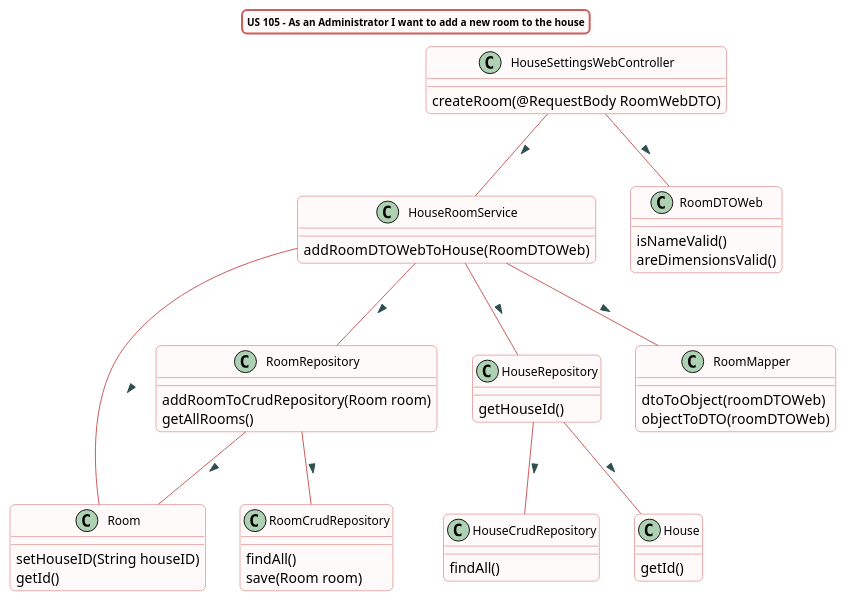
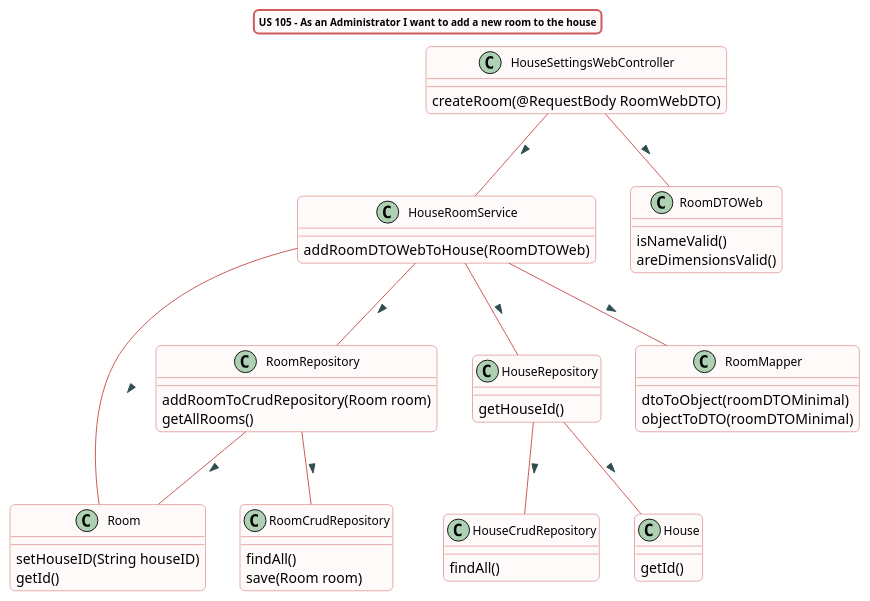
The diagram in src/doc/WEB_Controllers/HouseConfiguration/US105/US105_ClassDiagram.puml (Almadanmp/project), drawn with PlantUML before and after one commit. The commit also changed 14 other files, not shown here.

```diff
--- a/src/doc/WEB_Controllers/HouseConfiguration/US105/US105_ClassDiagram.puml
+++ b/src/doc/WEB_Controllers/HouseConfiguration/US105/US105_ClassDiagram.puml
@@ -1,93 +1,93 @@
 @startuml
 
 title US 105 - As an Administrator I want to add a new room to the house
 skinparam titleBorderRoundCorner 10
 skinparam titleBorderThickness 2
 skinparam titleBorderColor indianred
 skinparam titleBackgroundColor Snow
 skinparam FontName quicksand
 skinparam titleFontSize 10
 skinparam roundcorner 10
 
 
 skinparam class {
   BorderColor indianred
   BackgroundColor indianred
   BackgroundColor Snow
    roundcorner 10
    ArrowFontName Verdana
    ArrowColor indianred
    ArrowFontColor darkslategrey
    FontSize 12
 }
 
 class HouseSettingsWebController
 class HouseRoomService
 class RoomRepository
 class HouseRepository
 class Room
 class RoomMapper
 class HouseCrudRepository
 class RoomCrudRepository
 
 HouseSettingsWebController -- HouseRoomService: >
 HouseSettingsWebController -- RoomDTOWeb: >
 HouseRoomService -- RoomMapper : >
 HouseRoomService -- HouseRepository : >
 HouseRoomService -- RoomRepository : >
 HouseRoomService -- Room : >
 HouseRepository -- HouseCrudRepository : >
 HouseRepository -- House : >
 RoomRepository -- RoomCrudRepository : >
 RoomRepository -- Room : >
 
 
 
 
 class HouseSettingsWebController {
 createRoom(@RequestBody RoomWebDTO)
 }
 
 class RoomDTOWeb {
 isNameValid()
 areDimensionsValid()
 }
 
 class HouseRoomService {
 addRoomDTOWebToHouse(RoomDTOWeb)
 }
 
 class Room{
 setHouseID(String houseID)
 getId()
 }
 
 class RoomMapper{
-dtoToObject(roomDTOWeb)
-objectToDTO(roomDTOWeb)
+dtoToObject(roomDTOMinimal)
+objectToDTO(roomDTOMinimal)
 }
 
 
 class RoomRepository {
 addRoomToCrudRepository(Room room)
 getAllRooms()
 }
 
 class HouseRepository {
 getHouseId()
 }
 
 class House {
 getId()
 }
 
 class RoomCrudRepository{
 findAll()
 save(Room room)
 }
 
 class HouseCrudRepository{
 findAll()
 }
 
 @enduml
```
